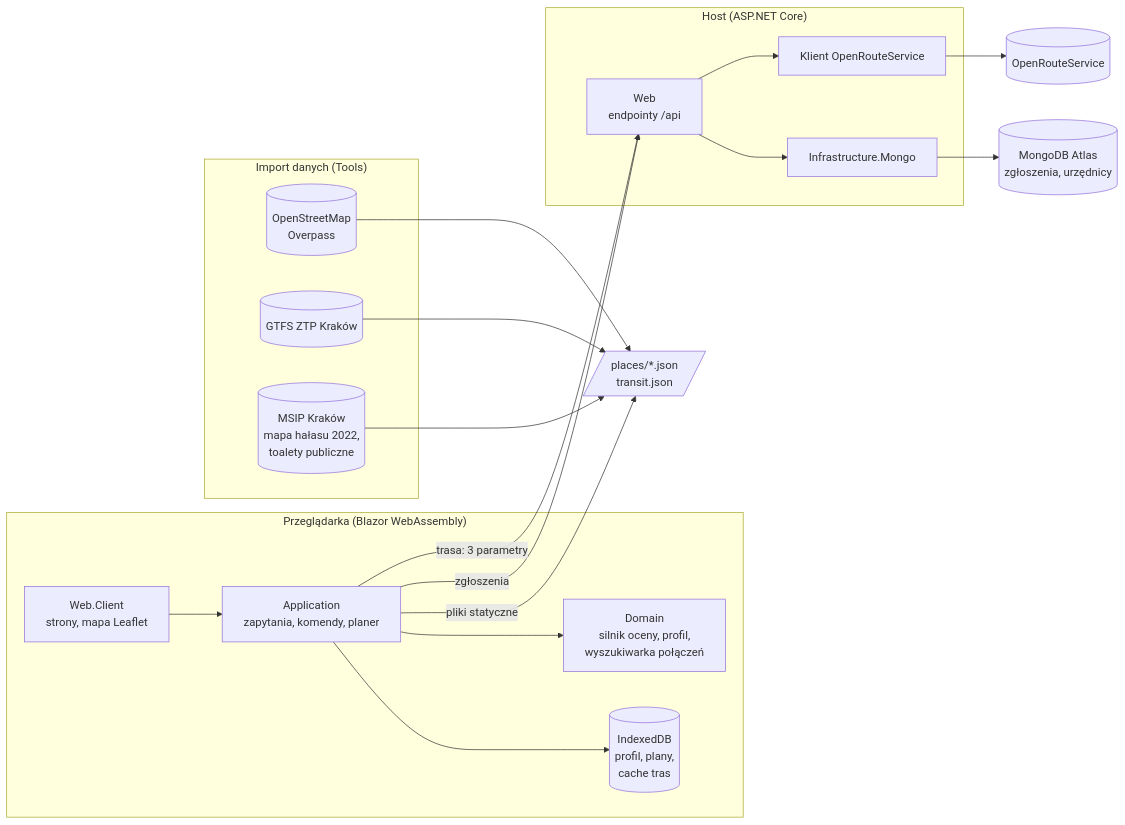
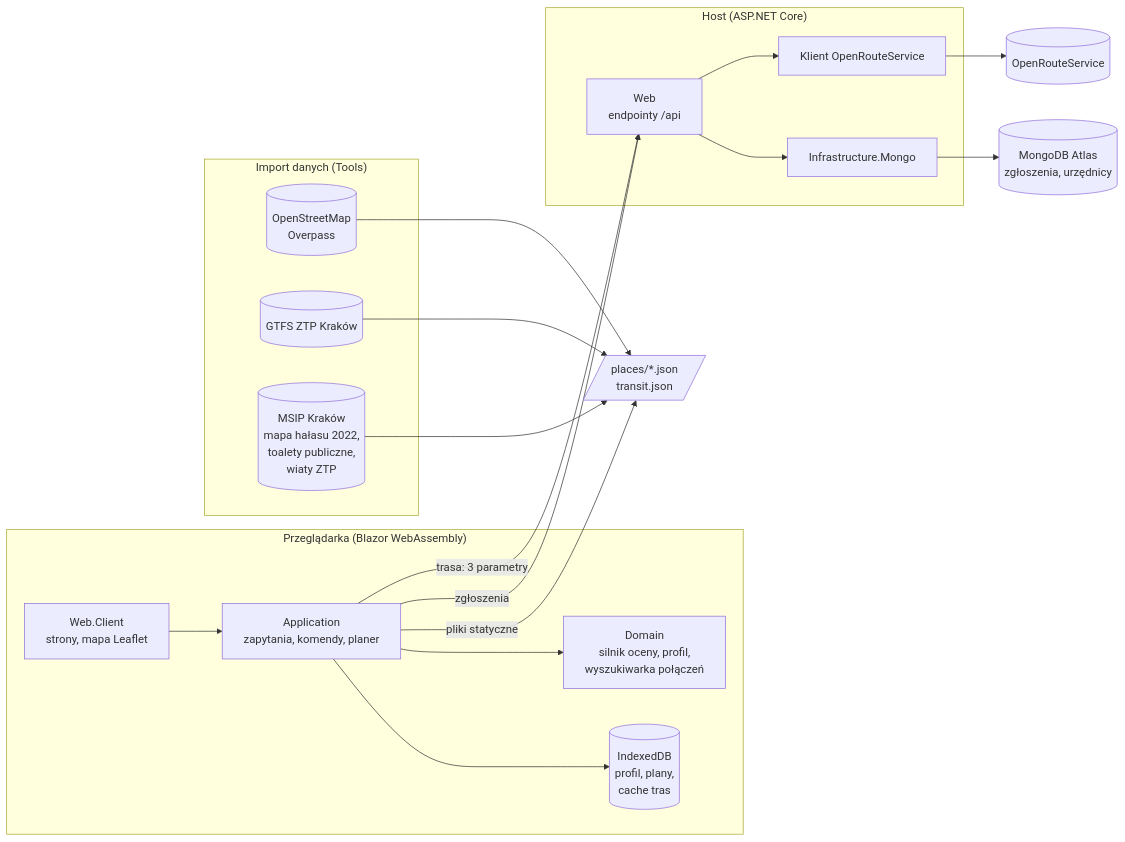
The diagram in README.md (Hackyeah2026/CRACOW_WITHOUT_BARRIERS), drawn with Mermaid before and after one commit. The commit also changed other lines of this file and 4 other files, not shown here.

````diff
--- a/README.md
+++ b/README.md
@@ -75,36 +75,36 @@
 ```mermaid
 flowchart LR
     subgraph Przeglądarka["Przeglądarka (Blazor WebAssembly)"]
         UI[Web.Client<br/>strony, mapa Leaflet]
         APP[Application<br/>zapytania, komendy, planer]
         DOM[Domain<br/>silnik oceny, profil,<br/>wyszukiwarka połączeń]
         IDB[(IndexedDB<br/>profil, plany,<br/>cache tras)]
         UI --> APP --> DOM
         APP --> IDB
     end
 
     subgraph Host["Host (ASP.NET Core)"]
         API[Web<br/>endpointy /api]
         MONGO[Infrastructure.Mongo]
         ORSC[Klient OpenRouteService]
     end
 
     STATIC[/places/*.json<br/>transit.json/]
     ORS[(OpenRouteService)]
     DB[(MongoDB Atlas<br/>zgłoszenia, urzędnicy)]
 
     APP -- pliki statyczne --> STATIC
     APP -- "trasa: 3 parametry" --> API
     APP -- zgłoszenia --> API
     API --> ORSC --> ORS
     API --> MONGO --> DB
 
     subgraph Offline["Import danych (Tools)"]
         OSM[(OpenStreetMap<br/>Overpass)]
         GTFS[(GTFS ZTP Kraków)]
-        MSIP[(MSIP Kraków<br/>mapa hałasu 2022,<br/>toalety publiczne)]
+        MSIP[(MSIP Kraków<br/>mapa hałasu 2022,<br/>toalety publiczne,<br/>wiaty ZTP)]
     end
     OSM --> STATIC
     GTFS --> STATIC
     MSIP --> STATIC
 ```
````
